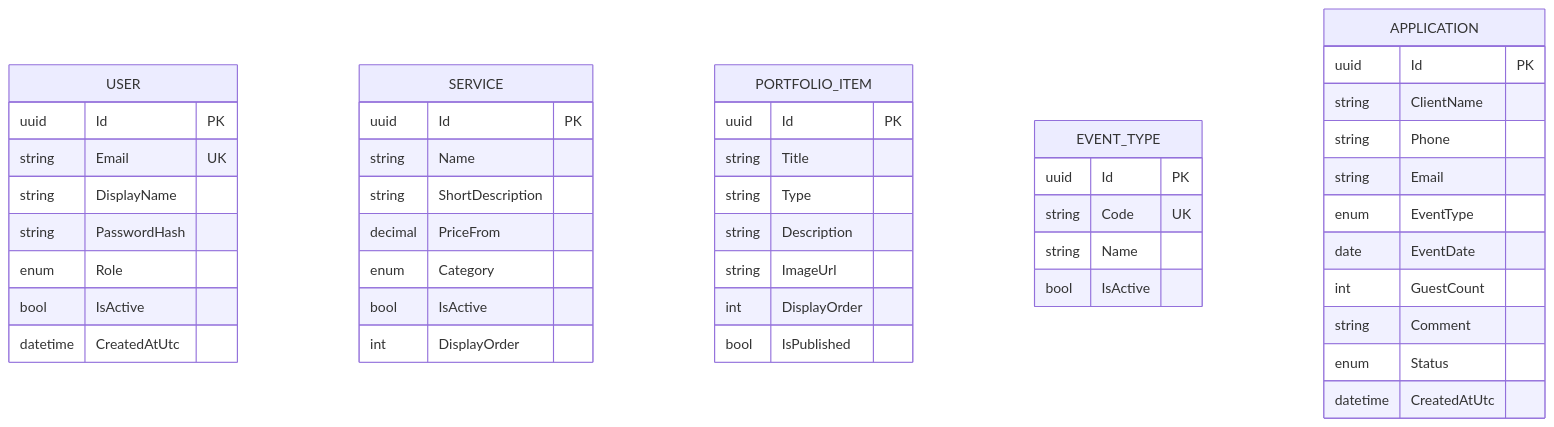
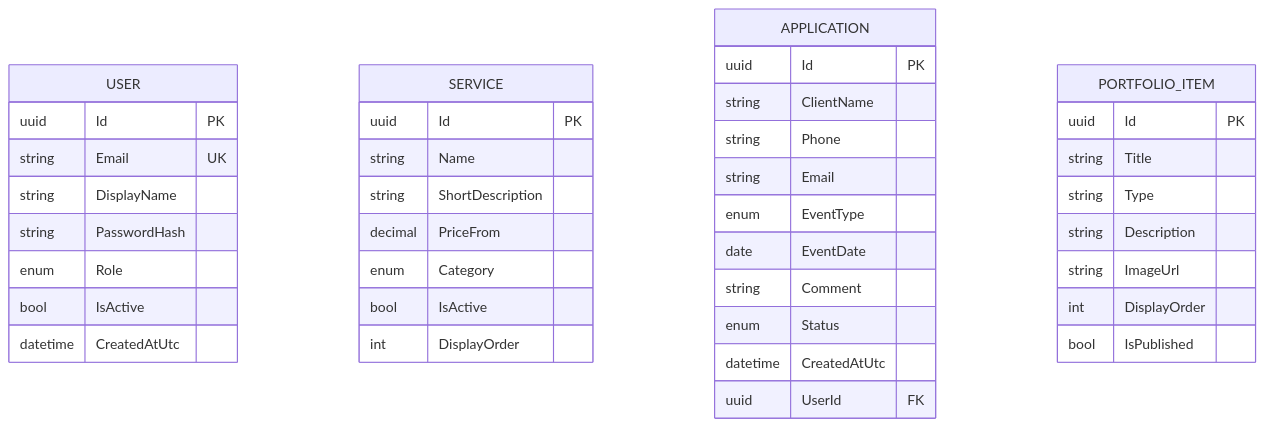
One commit to VornadRkk/Site-Proekt- changed the diagram in docs/data-dictionary.md. Above: the diagram before and after it, drawn with Mermaid. The commit also changed other lines of this file and 72 other files, not shown here.

````diff
--- a/docs/data-dictionary.md
+++ b/docs/data-dictionary.md
@@ -5,48 +5,42 @@
 ```mermaid
 erDiagram
   USER {
     uuid Id PK
     string Email UK
     string DisplayName
     string PasswordHash
     enum Role
     bool IsActive
     datetime CreatedAtUtc
   }
   SERVICE {
     uuid Id PK
     string Name
     string ShortDescription
     decimal PriceFrom
     enum Category
     bool IsActive
     int DisplayOrder
   }
+  APPLICATION {
+    uuid Id PK
+    string ClientName
+    string Phone
+    string Email
+    enum EventType
+    date EventDate
+    string Comment
+    enum Status
+    datetime CreatedAtUtc
+    uuid UserId FK
+  }
   PORTFOLIO_ITEM {
     uuid Id PK
     string Title
     string Type
     string Description
     string ImageUrl
     int DisplayOrder
     bool IsPublished
   }
-  EVENT_TYPE {
-    uuid Id PK
-    string Code UK
-    string Name
-    bool IsActive
-  }
-  APPLICATION {
-    uuid Id PK
-    string ClientName
-    string Phone
-    string Email
-    enum EventType
-    date EventDate
-    int GuestCount
-    string Comment
-    enum Status
-    datetime CreatedAtUtc
-  }
 ```
````
